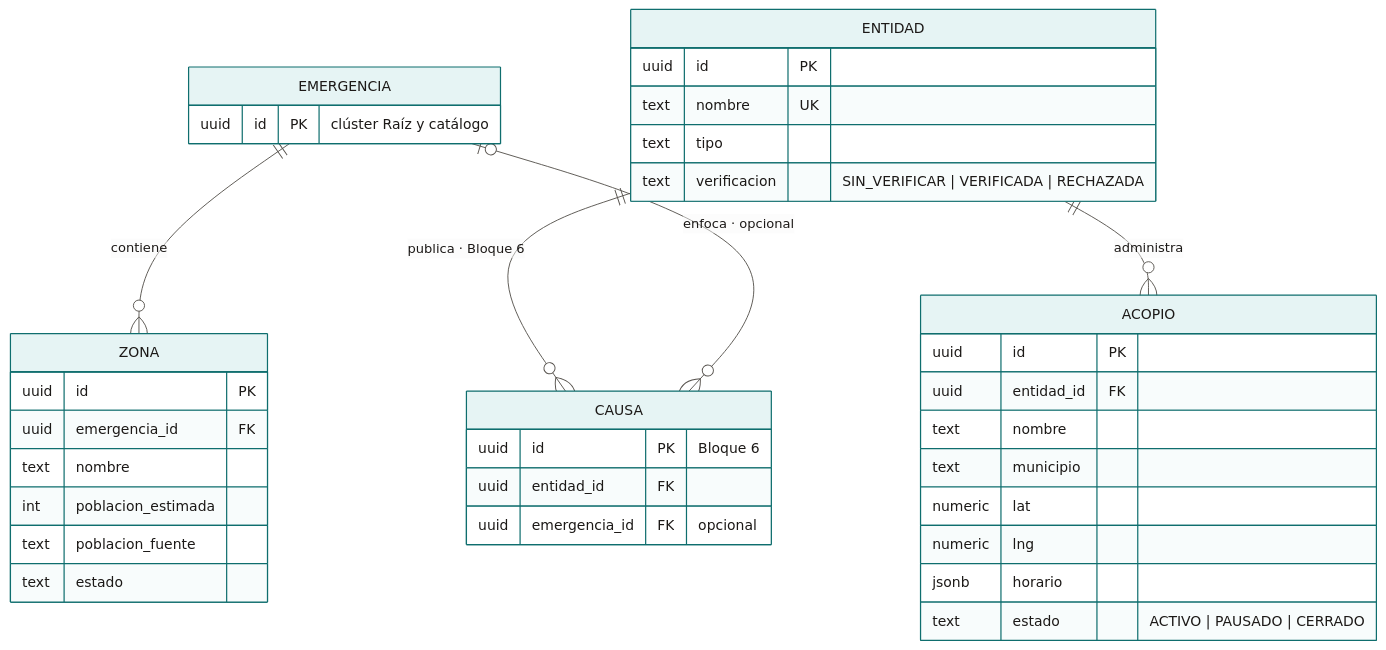
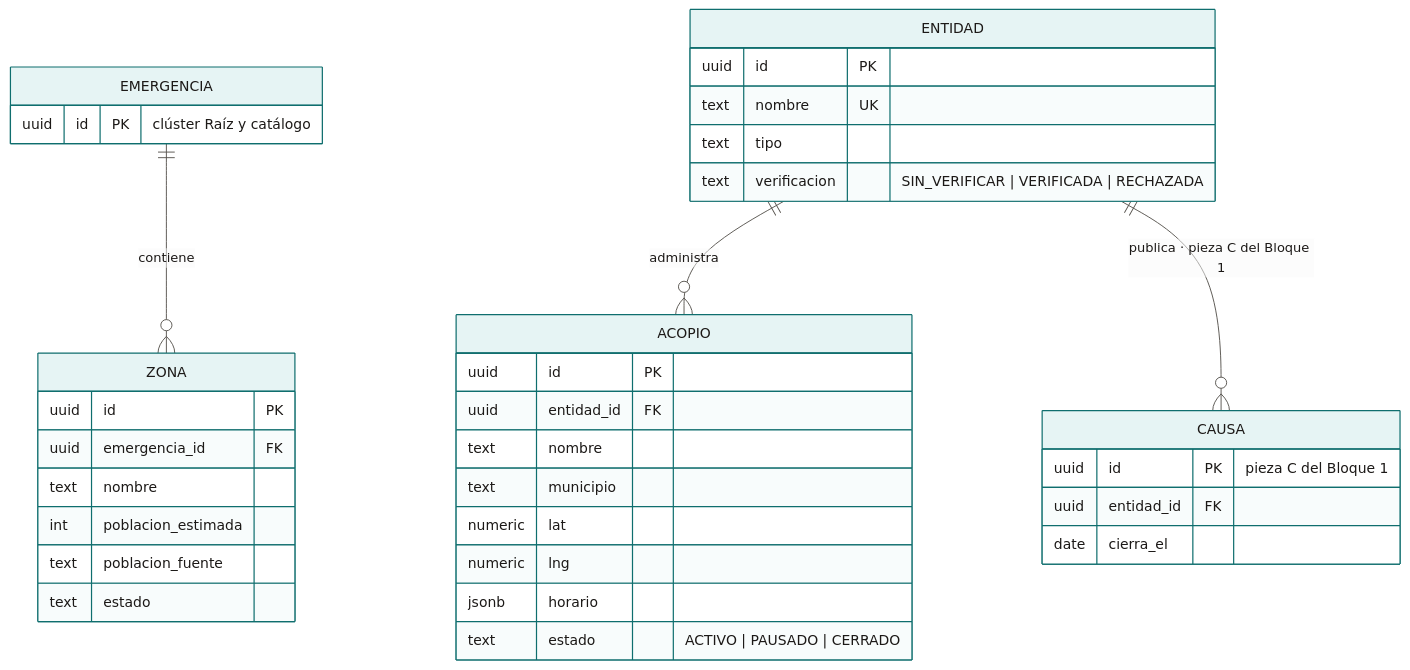
One commit to Proyecto-IngSoftware/acopio changed the diagram in docs/02-arquitectura/diagramas/mmd/er-02-red.mmd. Above: the diagram before and after it, drawn with Mermaid. The commit also changed 10 other files, not shown here.

```diff
--- a/docs/02-arquitectura/diagramas/mmd/er-02-red.mmd
+++ b/docs/02-arquitectura/diagramas/mmd/er-02-red.mmd
@@ -1,39 +1,38 @@
 %%{init: {"theme":"base","themeVariables":{"fontFamily":"Inter, Segoe UI, Arial, sans-serif","fontSize":"15px","primaryColor":"#E6F4F4","primaryTextColor":"#1C1917","primaryBorderColor":"#0F6E6E","secondaryColor":"#C7E8E8","tertiaryColor":"#FAFAF9","lineColor":"#57534E","textColor":"#1C1917","mainBkg":"#E6F4F4","nodeBorder":"#0F6E6E","clusterBkg":"#F5F5F4","clusterBorder":"#A8A29E","edgeLabelBackground":"#FFFFFF","attributeBackgroundColorOdd":"#FFFFFF","attributeBackgroundColorEven":"#F5F5F4"},"er":{"useMaxWidth":false},"flowchart":{"useMaxWidth":false,"htmlLabels":true,"curve":"basis"}}}%%
 erDiagram
     EMERGENCIA ||--o{ ZONA : contiene
     ENTIDAD ||--o{ ACOPIO : administra
-    ENTIDAD ||--o{ CAUSA : "publica · Bloque 6"
-    EMERGENCIA |o--o{ CAUSA : "enfoca · opcional"
+    ENTIDAD ||--o{ CAUSA : "publica · pieza C del Bloque 1"
 
     EMERGENCIA {
         uuid id PK "clúster Raíz y catálogo"
     }
     ENTIDAD {
         uuid id PK
         text nombre UK
         text tipo
         text verificacion "SIN_VERIFICAR | VERIFICADA | RECHAZADA"
     }
     ACOPIO {
         uuid id PK
         uuid entidad_id FK
         text nombre
         text municipio
         numeric lat
         numeric lng
         jsonb horario
         text estado "ACTIVO | PAUSADO | CERRADO"
     }
     ZONA {
         uuid id PK
         uuid emergencia_id FK
         text nombre
         int poblacion_estimada
         text poblacion_fuente
         text estado
     }
     CAUSA {
-        uuid id PK "Bloque 6"
+        uuid id PK "pieza C del Bloque 1"
         uuid entidad_id FK
-        uuid emergencia_id FK "opcional"
+        date cierra_el
     }
```
